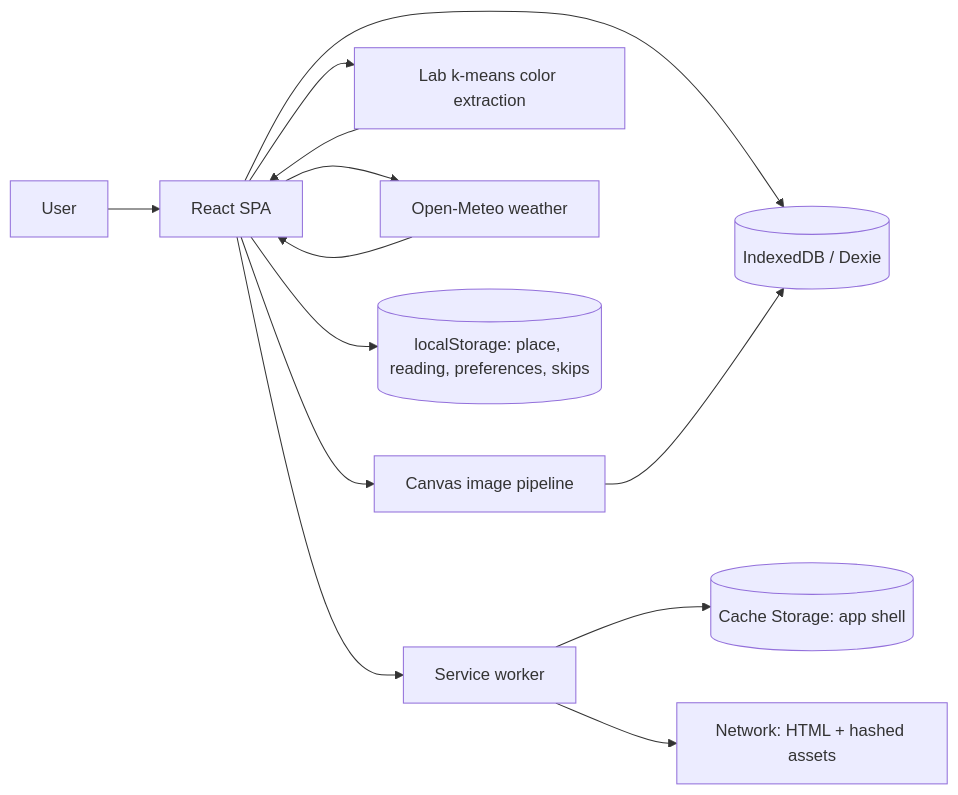
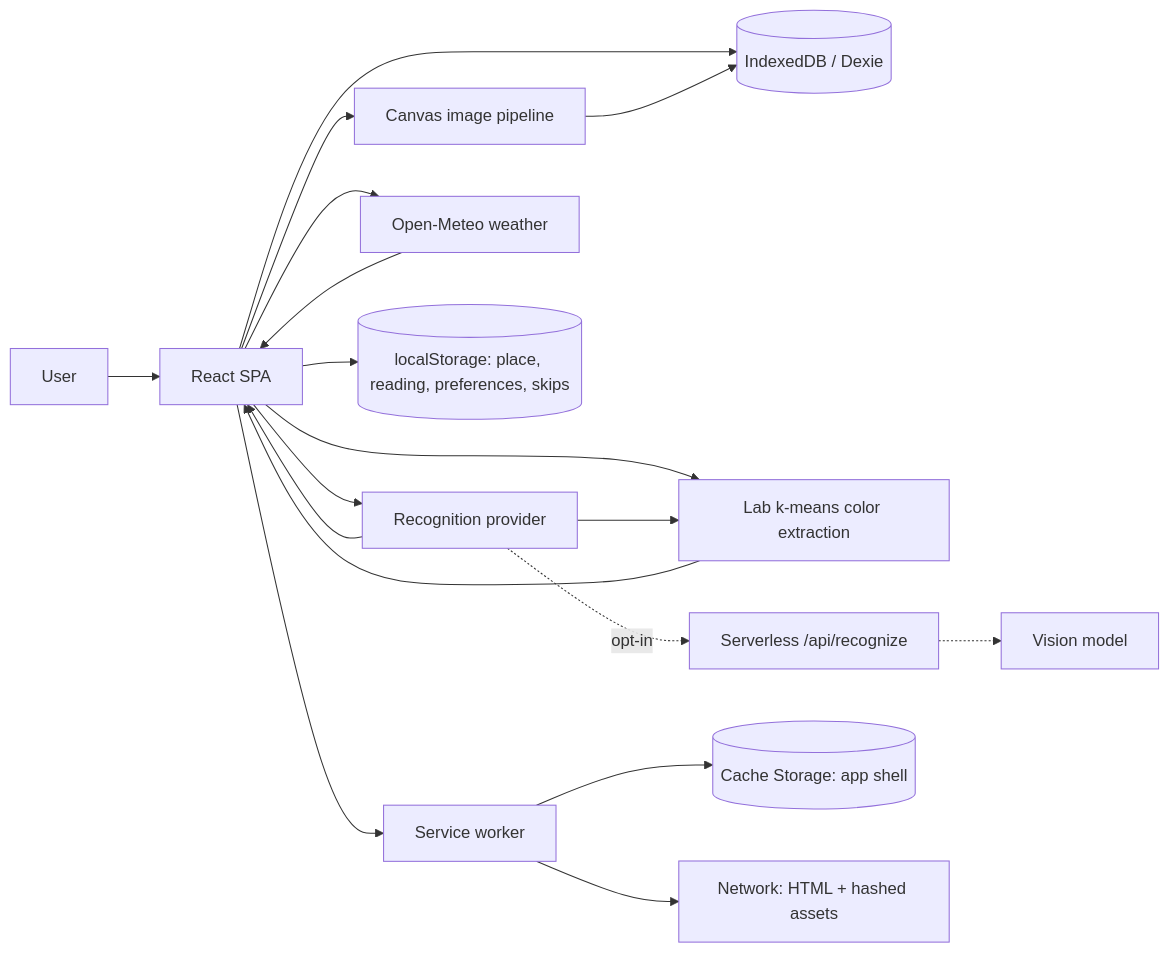
The first of 2 diagrams in docs/architecture.md (hanandibud/wardrobe), drawn with Mermaid before and after one commit. The commit also changed other lines of this file and 8 other files, not shown here.

````diff
--- a/docs/architecture.md
+++ b/docs/architecture.md
@@ -5,15 +5,20 @@
 ```mermaid
 flowchart LR
   U[User] --> UI[React SPA]
   UI --> DB[(IndexedDB / Dexie)]
   UI --> IMG[Canvas image pipeline]
   IMG --> DB
   UI --> COLOR[Lab k-means color extraction]
   COLOR --> UI
+  UI --> REC[Recognition provider]
+  REC --> COLOR
+  REC --> UI
+  REC -. opt-in .-> API[Serverless /api/recognize]
+  API -.-> AI[Vision model]
   UI --> WX[Open-Meteo weather]
   WX --> UI
   UI --> LS[(localStorage: place, reading, preferences, skips)]
   UI --> SW[Service worker]
   SW --> CACHE[(Cache Storage: app shell)]
   SW --> NET[Network: HTML + hashed assets]
 ```
````
